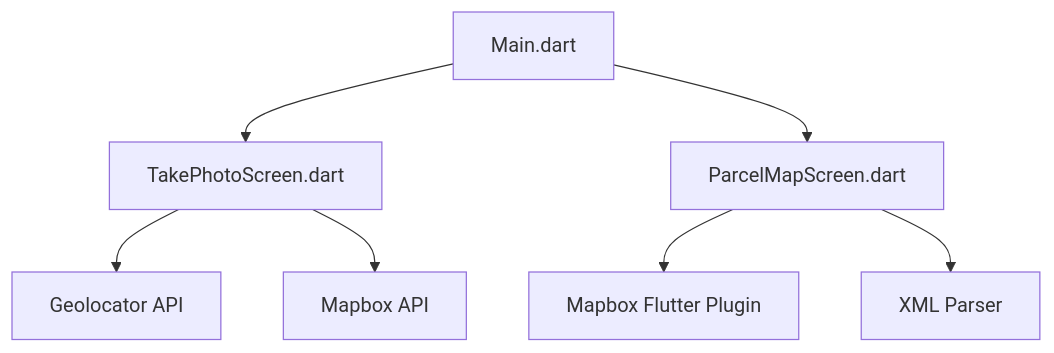
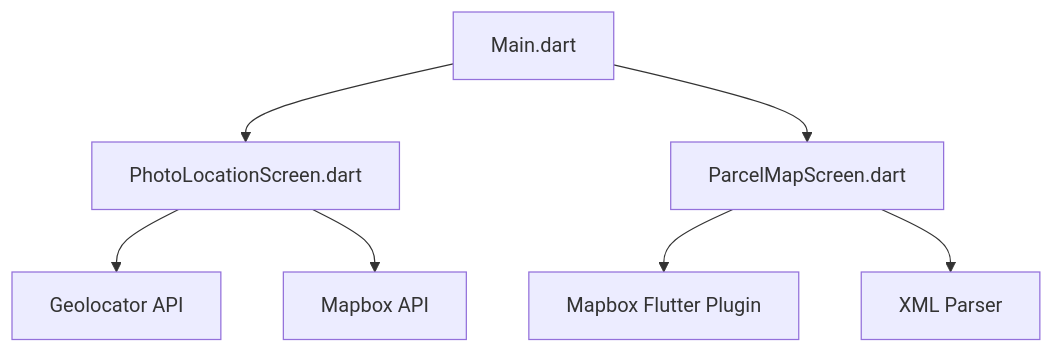
The diagram in README.md (t3imasd/t3aisat), drawn with Mermaid before and after one commit. The commit also changed other lines of this file, not shown here.

Commit message:
Update in README the rename of photo_location_screen.dart

````diff
--- a/README.md
+++ b/README.md
@@ -36,9 +36,9 @@
 ```mermaid
 graph TD;
-    A[Main.dart] --> B[TakePhotoScreen.dart];
+    A[Main.dart] --> B[PhotoLocationScreen.dart];
     A --> C[ParcelMapScreen.dart];
     B --> D[Geolocator API];
     B --> E[Mapbox API];
     C --> F[Mapbox Flutter Plugin];
     C --> G[XML Parser];
 ```
````
